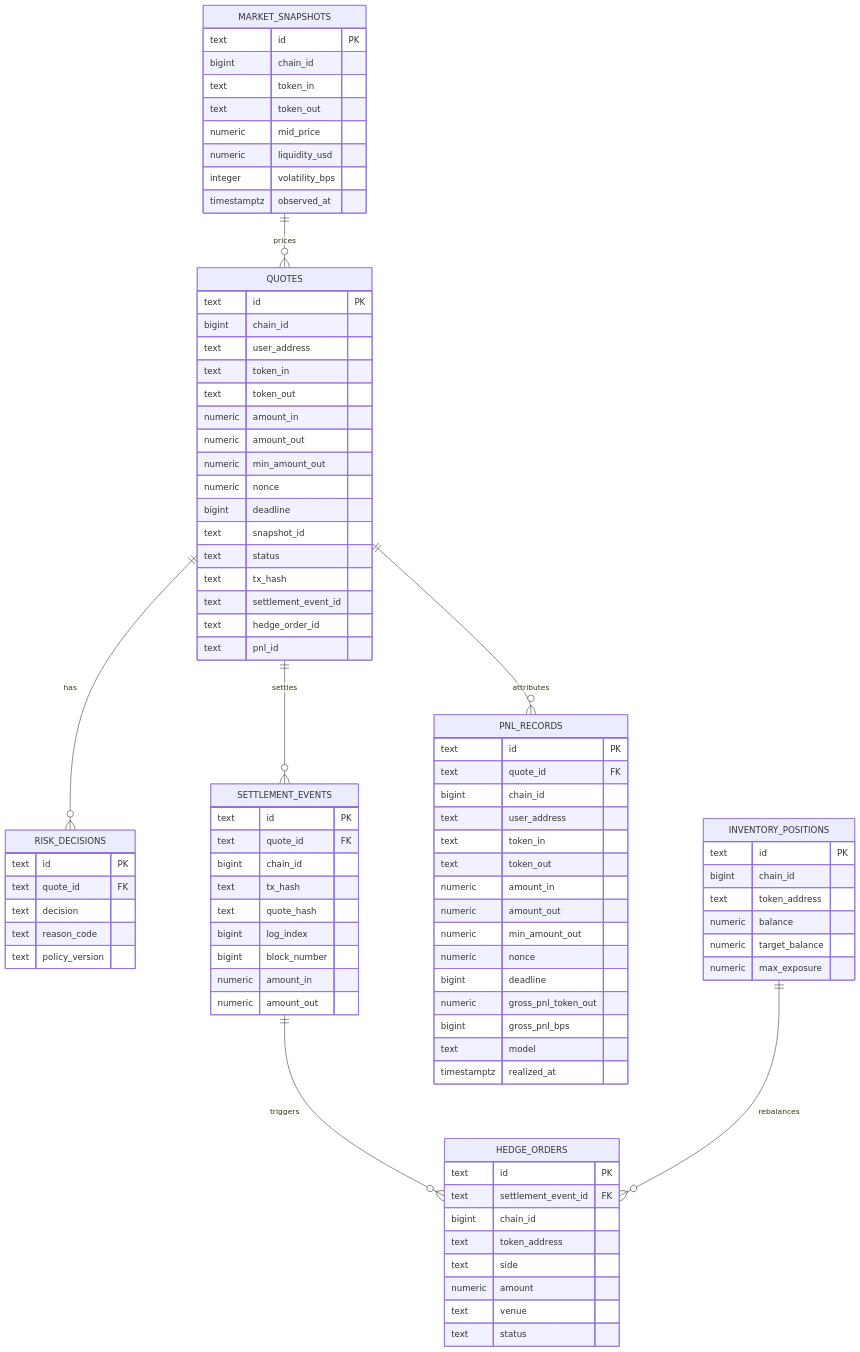
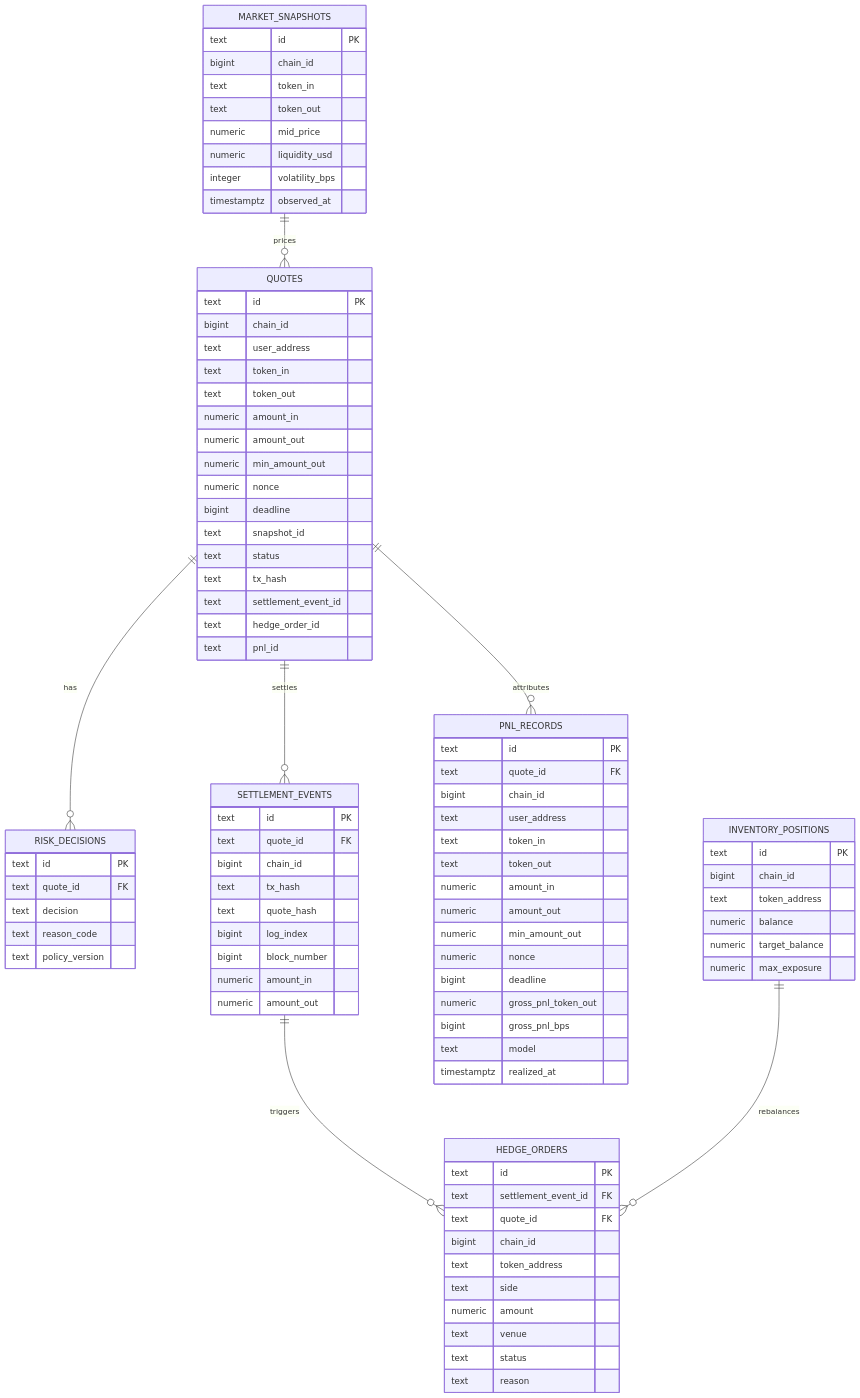
Before and after one commit to alvis-ai/production-grade-web3-rfq-market-maker: the diagram in docs/database/er-diagram.md, drawn with Mermaid. The commit also changed other lines of this file and 4 other files, not shown here.

```diff
--- a/docs/database/er-diagram.md
+++ b/docs/database/er-diagram.md
@@ -73,12 +73,14 @@
   HEDGE_ORDERS {
     text id PK
     text settlement_event_id FK
+    text quote_id FK
     bigint chain_id
     text token_address
     text side
     numeric amount
     text venue
     text status
+    text reason
   }
 
   PNL_RECORDS {
```
